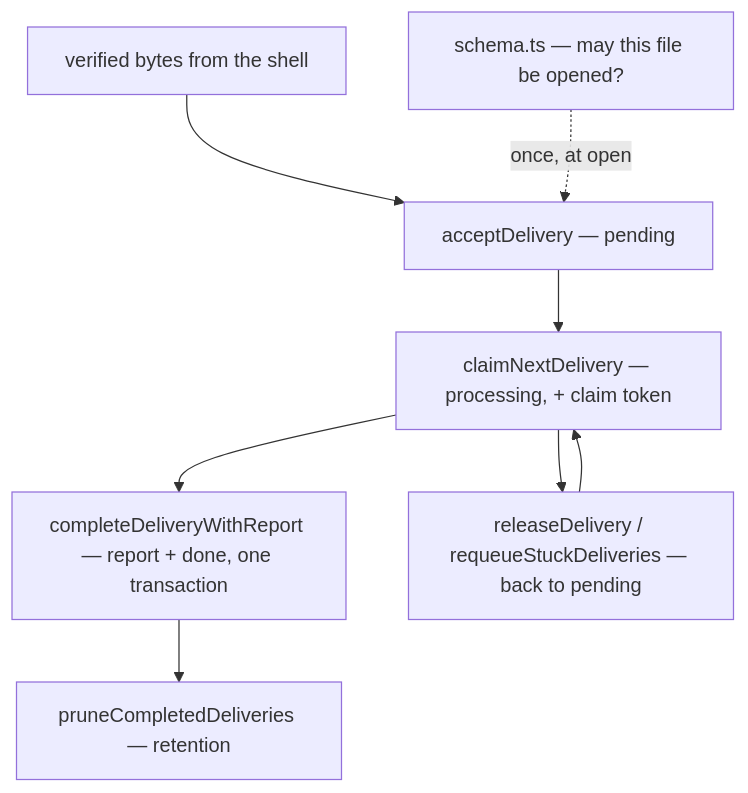
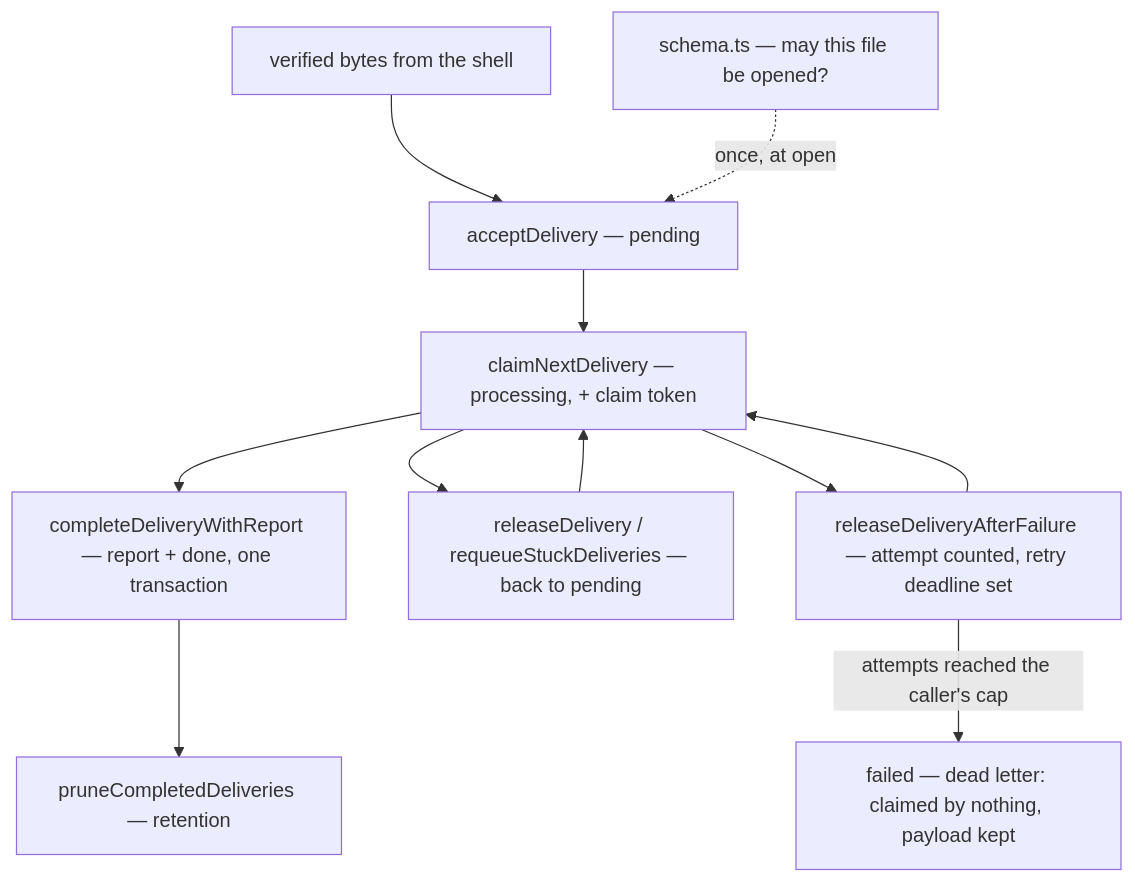
One commit to exploreriii/sdk-automations changed the diagram in packages/store/README.md. Above: the diagram before and after it, drawn with Mermaid. The commit also changed other lines of this file and 15 other files, not shown here.

First line of the commit message:
feat: bounded delivery retries, dead-lettering and a sweep

````diff
--- a/packages/store/README.md
+++ b/packages/store/README.md
@@ -34,14 +34,18 @@
 ```mermaid
 flowchart TB
     BYTES["verified bytes from the shell"]
     SCHEMA["schema.ts — may this file be opened?"]
     ACC["acceptDelivery — pending"]
     CLM["claimNextDelivery — processing, + claim token"]
     FIN["completeDeliveryWithReport — report + done, one transaction"]
     REL["releaseDelivery / requeueStuckDeliveries — back to pending"]
+    RETRY["releaseDeliveryAfterFailure — attempt counted, retry deadline set"]
+    DEAD["failed — dead letter: claimed by nothing, payload kept"]
     PRUNE["pruneCompletedDeliveries — retention"]
     BYTES --> ACC
     SCHEMA -.->|"once, at open"| ACC
     ACC --> CLM --> FIN --> PRUNE
     CLM --> REL --> CLM
+    CLM --> RETRY --> CLM
+    RETRY -->|"attempts reached the caller's cap"| DEAD
 ```
````
